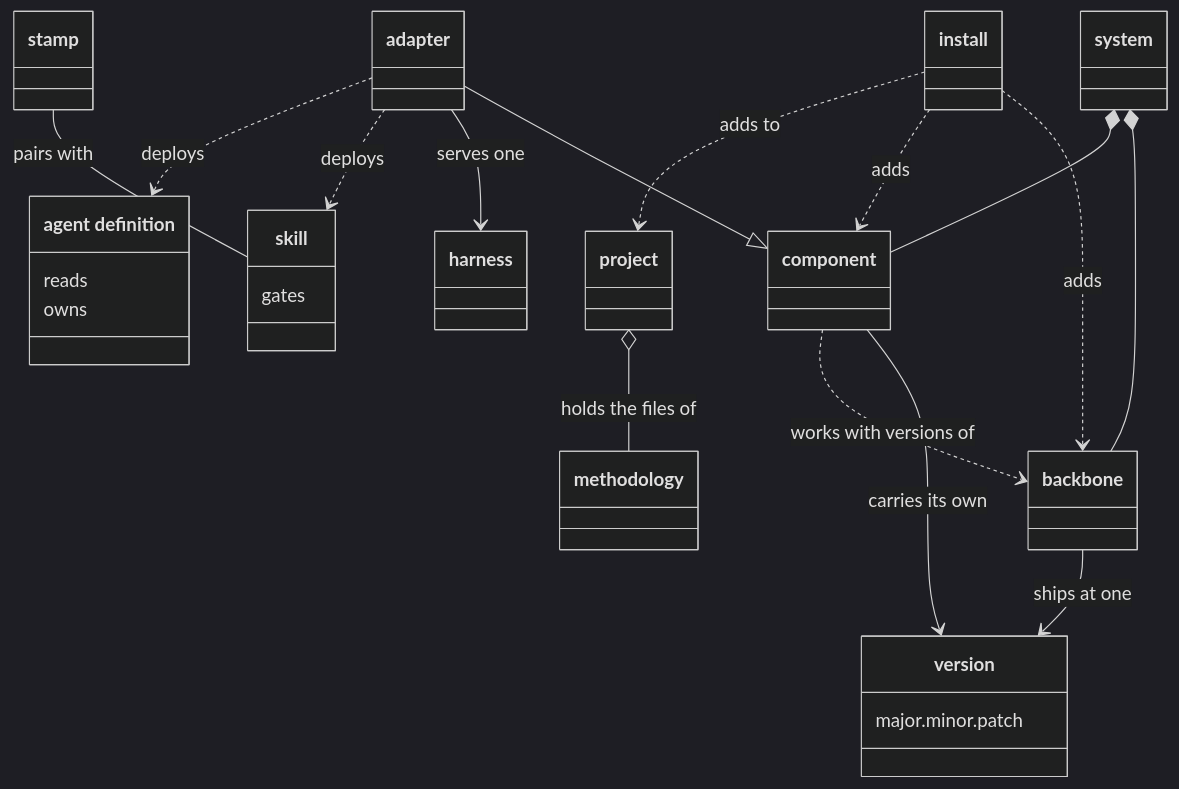
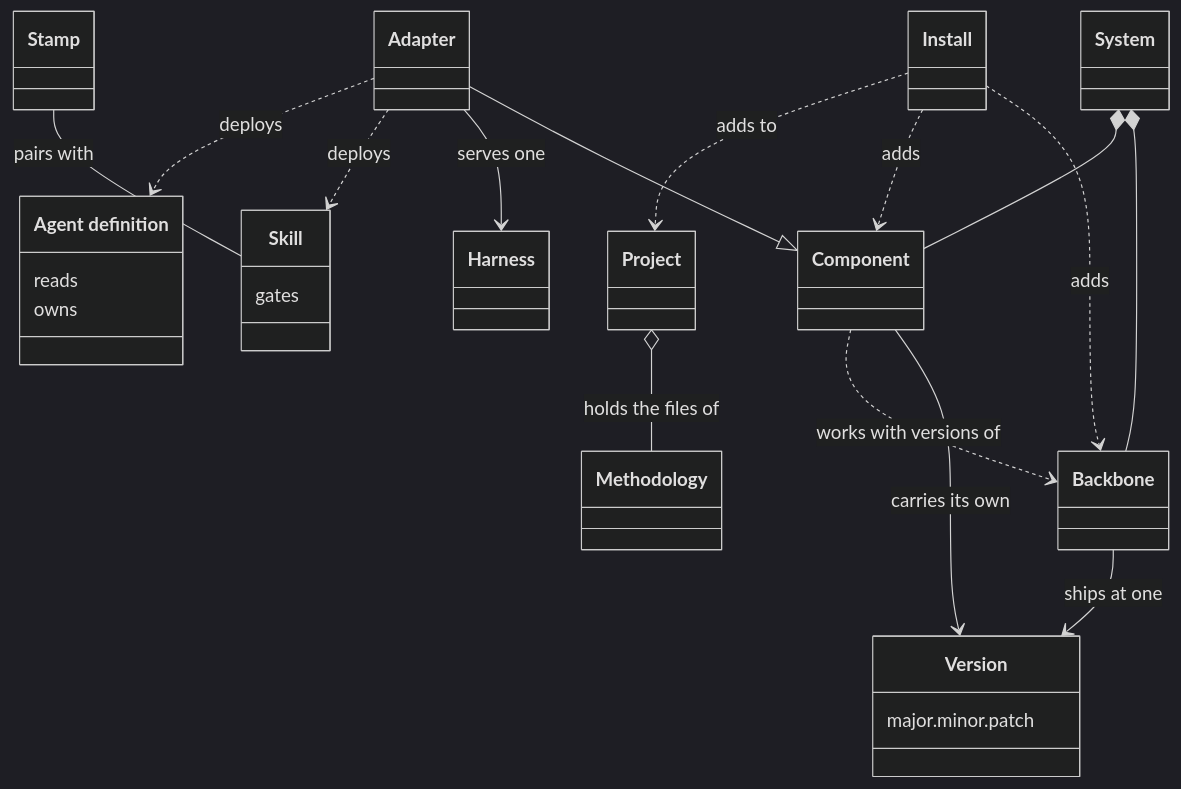
Before and after one commit to aleskalfas/project-kit: the diagram in tech-docs/analysis/core/domain-model/020-parts-of-the-system.md, drawn with Mermaid (dark theme). The commit also changed other lines of this file and 6 other files, not shown here.

````diff
--- a/tech-docs/analysis/core/domain-model/020-parts-of-the-system.md
+++ b/tech-docs/analysis/core/domain-model/020-parts-of-the-system.md
@@ -49,35 +49,35 @@
 ```mermaid
 classDiagram
   accTitle: Parts of the system, and projects
   accDescr: The system is made of the backbone and components, each with a version of its own. A component declares which backbone versions it works with. An adapter is a component that serves one harness and deploys skills and agent definitions there. A stamp pairs with a skill. Install adds the backbone or a component to a repository. A project is a repository the system is installed into, holding the methodology's files.
-  class System["system"]
-  class Harness["harness"]
-  class Methodology["methodology"]
-  class Version["version"]
+  class System["System"]
+  class Harness["Harness"]
+  class Methodology["Methodology"]
+  class Version["Version"]
   Version : major.minor.patch
-  class Backbone["backbone"]
-  class Component["component"]
-  class Skill["skill"]
+  class Backbone["Backbone"]
+  class Component["Component"]
+  class Skill["Skill"]
   Skill : gates
-  class AgentDefinition["agent definition"]
+  class AgentDefinition["Agent definition"]
   AgentDefinition : reads
   AgentDefinition : owns
-  class Stamp["stamp"]
-  class Adapter["adapter"]
-  class Install["install"]
-  class Project["project"]
+  class Stamp["Stamp"]
+  class Adapter["Adapter"]
+  class Install["Install"]
+  class Project["Project"]
   System *-- Backbone
   System *-- Component
   Backbone --> Version : ships at one
   Component --> Version : carries its own
   Component ..> Backbone : works with versions of
   Adapter --|> Component
   Adapter --> Harness : serves one
   Adapter ..> Skill : deploys
   Adapter ..> AgentDefinition : deploys
   Stamp -- Skill : pairs with
   Install ..> Backbone : adds
   Install ..> Component : adds
   Install ..> Project : adds to
   Project o-- Methodology : holds the files of
 ```
````
